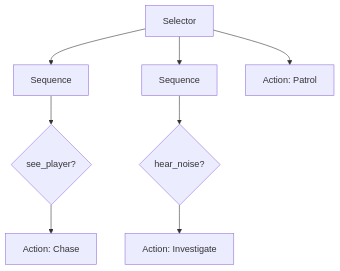
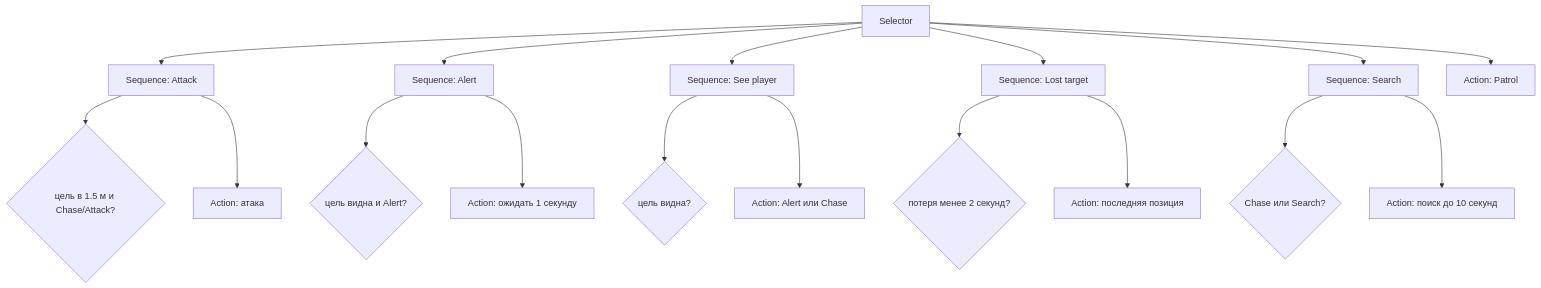
One commit to VladimirPechenov/III_lab1 changed the second of 2 diagrams in docs/diagrams.md. Above: the diagram before and after it, drawn with Mermaid. The commit also changed other lines of this file and 58 other files, not shown here.

````diff
--- a/docs/diagrams.md
+++ b/docs/diagrams.md
@@ -19,8 +20,19 @@
 ```mermaid
 flowchart TD
-    R[Selector] --> S1[Sequence]
-    R --> S2[Sequence]
-    R --> P[Action: Patrol]
-    S1 --> C1{see_player?} --> A1[Action: Chase]
-    S2 --> C2{hear_noise?} --> A2[Action: Investigate]
+    R[Selector] --> A[Sequence: Attack]
+    R --> B[Sequence: Alert]
+    R --> C[Sequence: See player]
+    R --> D[Sequence: Lost target]
+    R --> E[Sequence: Search]
+    R --> F[Action: Patrol]
+    A --> A1{цель в 1.5 м и Chase/Attack?}
+    A --> A2[Action: атака]
+    B --> B1{цель видна и Alert?}
+    B --> B2[Action: ожидать 1 секунду]
+    C --> C1{цель видна?}
+    C --> C2[Action: Alert или Chase]
+    D --> D1{потеря менее 2 секунд?}
+    D --> D2[Action: последняя позиция]
+    E --> E1{Chase или Search?}
+    E --> E2[Action: поиск до 10 секунд]
 ```
````
